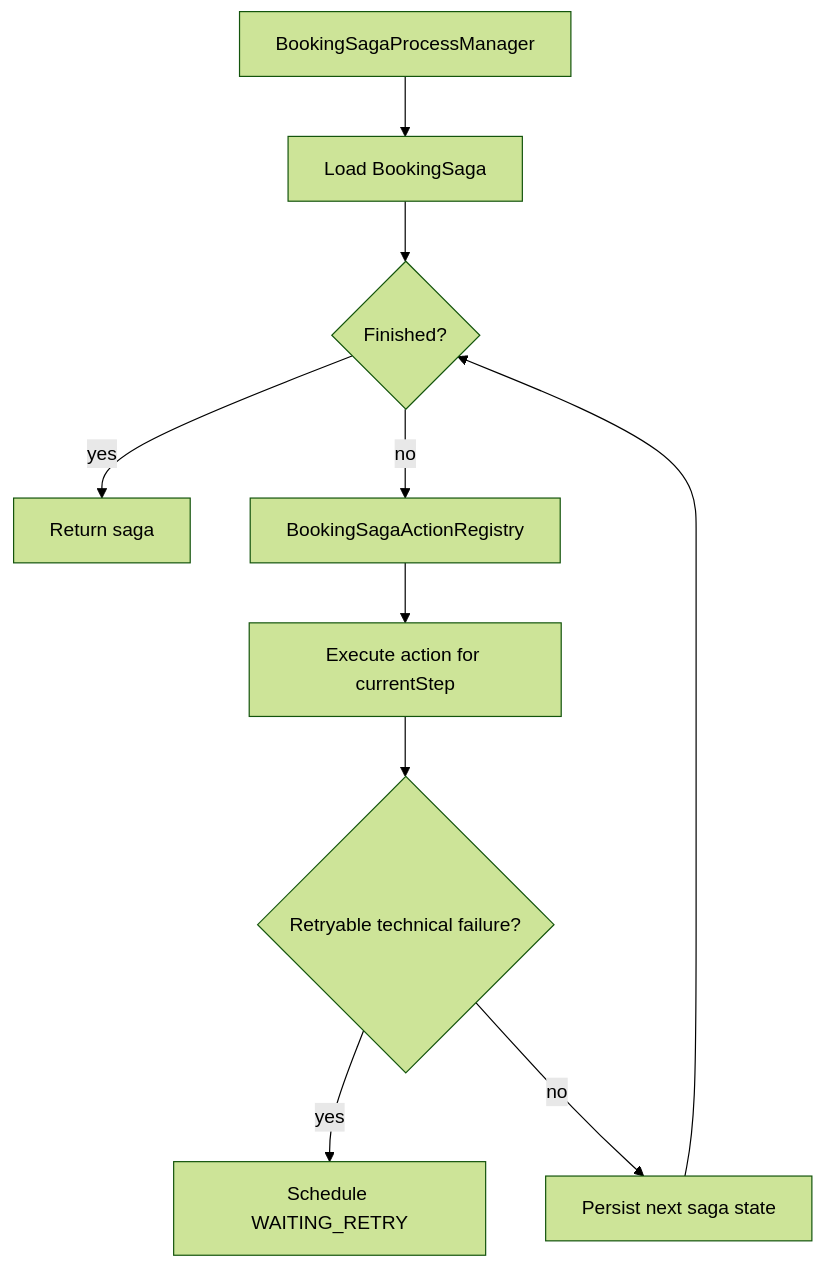
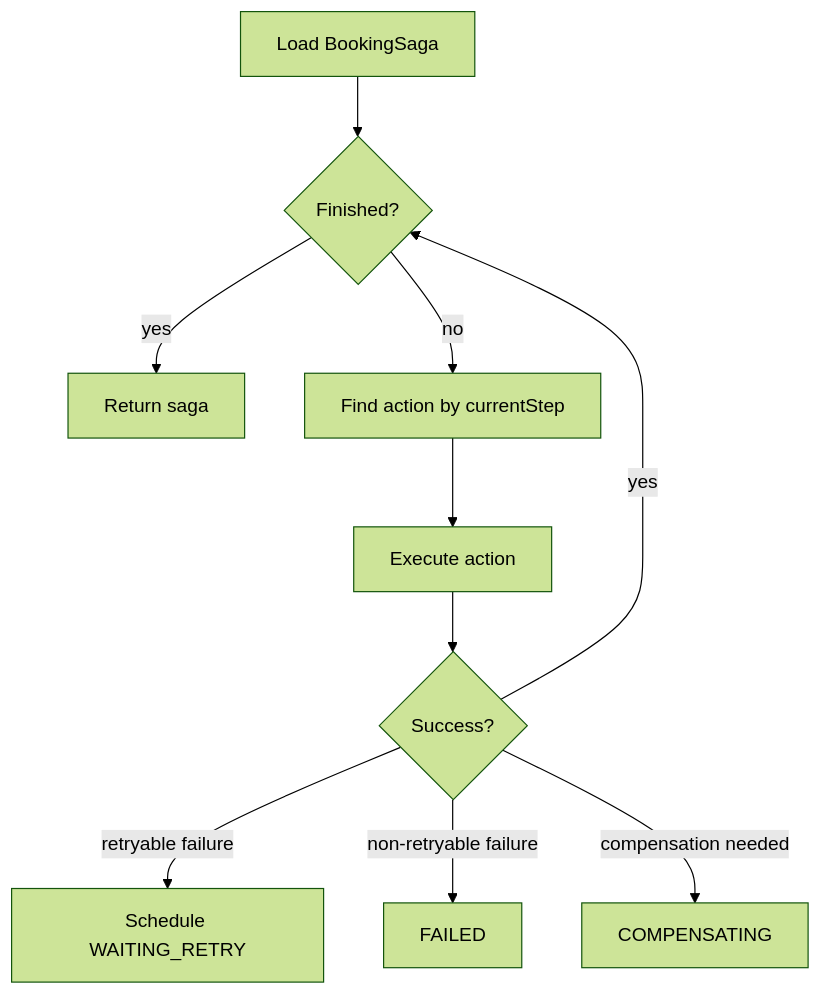
The first of 4 diagrams in docs/booking-saga.md (VolkovIO/hotelbooking), drawn with Mermaid (forest theme) before and after one commit. The commit also changed other lines of this file and 11 other files, not shown here.

````diff
--- a/docs/booking-saga.md
+++ b/docs/booking-saga.md
@@ -70,12 +81,12 @@
 ```mermaid
 flowchart TD
-    A[BookingSagaProcessManager] --> B[Load BookingSaga]
-    B --> C{Finished?}
-    C -- yes --> Z[Return saga]
-    C -- no --> D[BookingSagaActionRegistry]
-    D --> E[Execute action for currentStep]
-    E --> F{Retryable technical failure?}
-    F -- yes --> G[Schedule WAITING_RETRY]
-    F -- no --> H[Persist next saga state]
-    H --> C
+    A[Load BookingSaga] --> B{Finished?}
+    B -- yes --> Z[Return saga]
+    B -- no --> C[Find action by currentStep]
+    C --> D[Execute action]
+    D --> E{Success?}
+    E -- yes --> B
+    E -- retryable failure --> F[Schedule WAITING_RETRY]
+    E -- non-retryable failure --> G[FAILED]
+    E -- compensation needed --> H[COMPENSATING]
 ```
````
